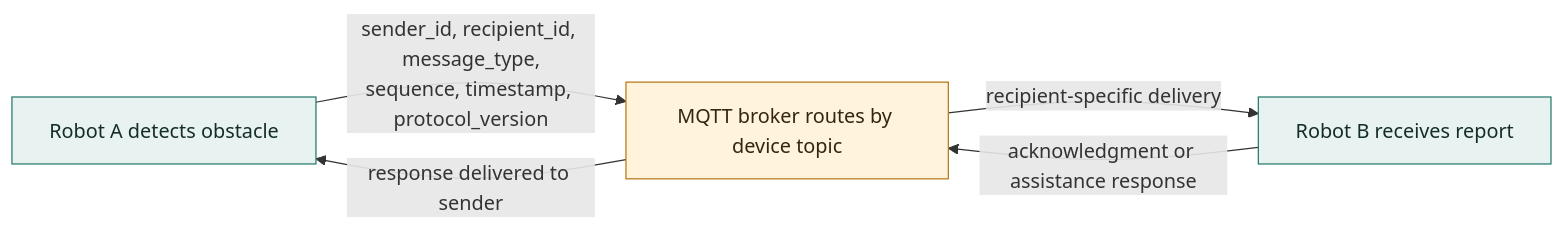
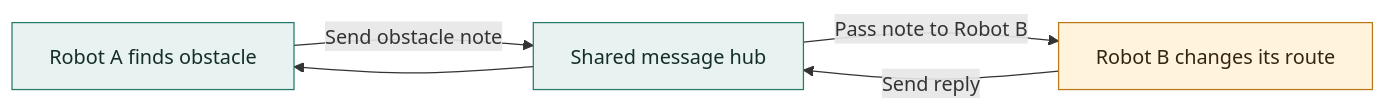
The second of 7 diagrams in docs/project-proposal.md (amish0/swarm_boat), drawn with Mermaid before and after one commit. The commit also changed other lines of this file, not shown here.

Commit message:
added production type architecture

````diff
--- a/docs/project-proposal.md
+++ b/docs/project-proposal.md
@@ -73,13 +74,13 @@
 ```mermaid
 flowchart LR
-  RobotA[Robot A detects obstacle] -->|sender_id, recipient_id, message_type,<br/>sequence, timestamp, protocol_version| Broker[MQTT broker routes by device topic]
-  Broker -->|recipient-specific delivery| RobotB[Robot B receives report]
-  RobotB -->|acknowledgment or assistance response| Broker
-  Broker -->|response delivered to sender| RobotA
+  RobotA[Robot A finds obstacle] -->|Send obstacle note| Hub[Shared message hub]
+  Hub -->|Pass note to Robot B| RobotB[Robot B changes its route]
+  RobotB -->|Send reply| Hub
+  Hub --> RobotA
 
   classDef existing fill:#e8f3f1,stroke:#23796b,color:#142d29
   classDef planned fill:#fff3dc,stroke:#b87816,color:#34250e
-  classDef data fill:#eef1f6,stroke:#64748b,color:#202938
-  class RobotA,RobotB existing
-  class Broker planned
+  class RobotA existing
+  class RobotB planned
+  class Hub existing
 ```
````
